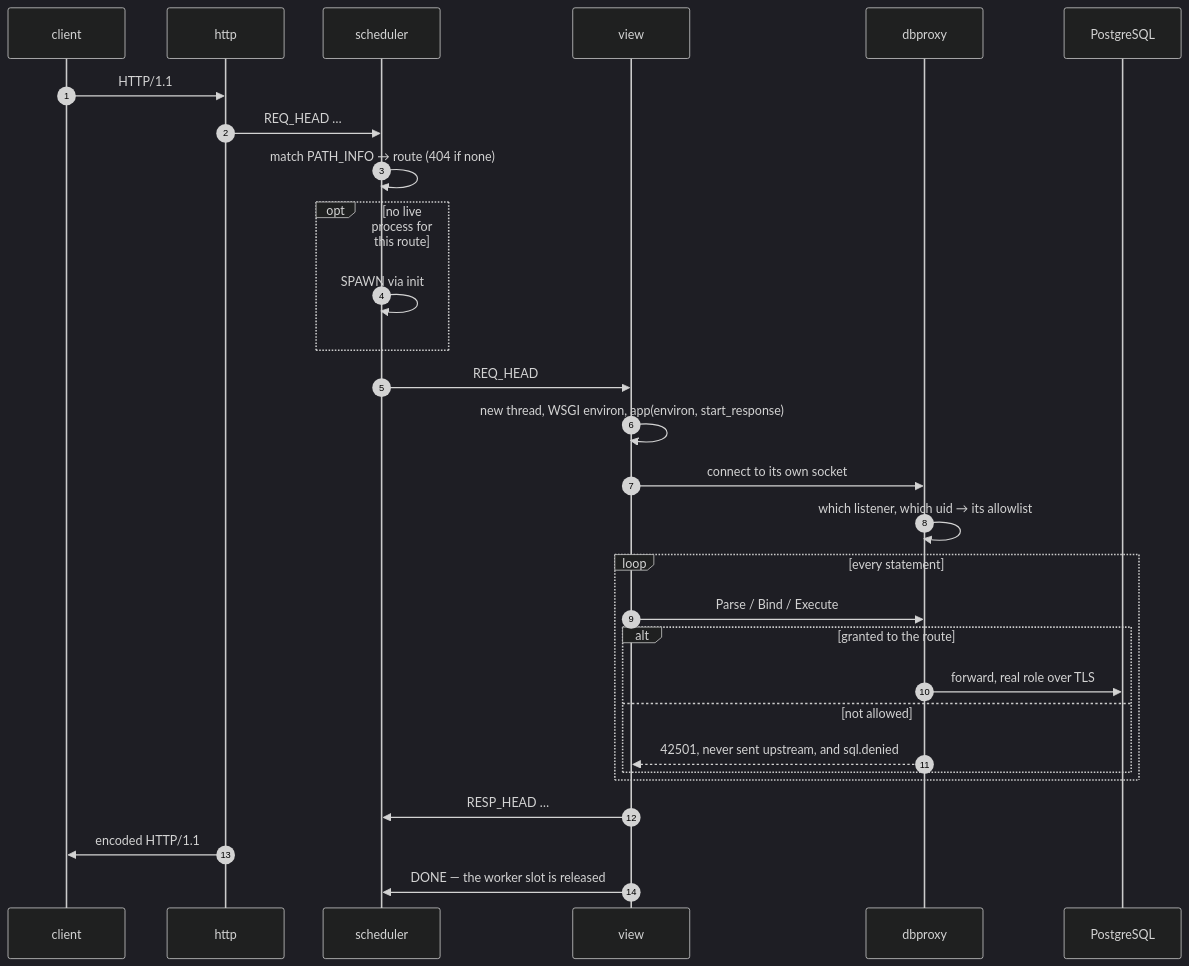
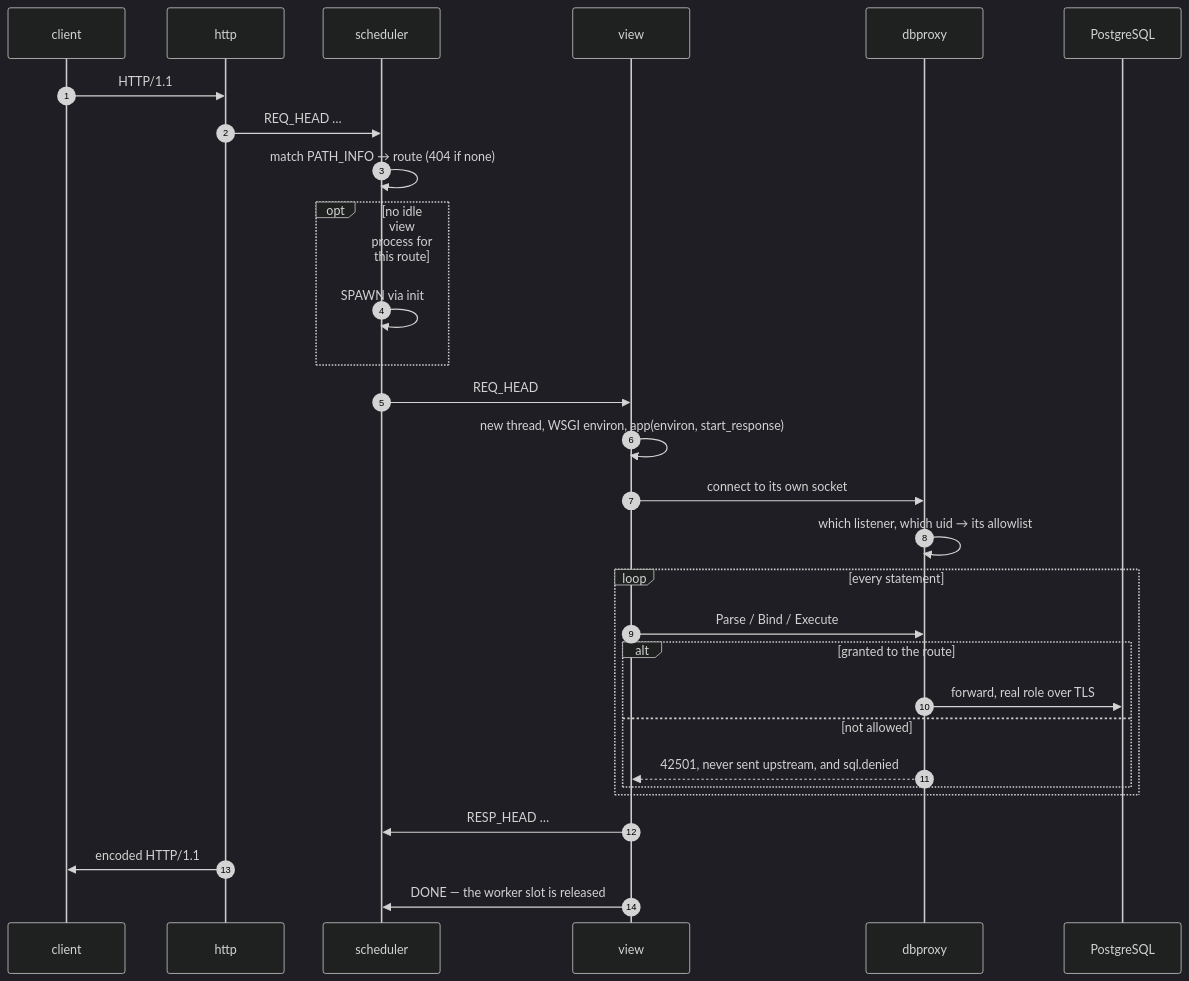
Before and after one commit to OffworldNexus/blastit: the second of 2 diagrams in docs/how-it-works.md, drawn with Mermaid (dark theme). The commit also changed other lines of this file and 6 other files, not shown here.

````diff
--- a/docs/how-it-works.md
+++ b/docs/how-it-works.md
@@ -48,32 +53,32 @@
 ```mermaid
 sequenceDiagram
     autonumber
     participant C as client
     participant H as http
     participant S as scheduler
     participant V as view
     participant D as dbproxy
     participant P as PostgreSQL
 
     C->>H: HTTP/1.1
     H->>S: REQ_HEAD …
     S->>S: match PATH_INFO → route (404 if none)
-    opt no live process for this route
+    opt no idle view process for this route
         S->>S: SPAWN via init
     end
     S->>V: REQ_HEAD
     V->>V: new thread, WSGI environ, app(environ, start_response)
     V->>D: connect to its own socket
     D->>D: which listener, which uid → its allowlist
     loop every statement
         V->>D: Parse / Bind / Execute
         alt granted to the route
             D->>P: forward, real role over TLS
         else not allowed
             D-->>V: 42501, never sent upstream, and sql.denied
         end
     end
     V->>S: RESP_HEAD …
     H->>C: encoded HTTP/1.1
     V->>S: DONE — the worker slot is released
 ```
````
